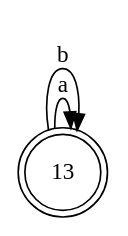
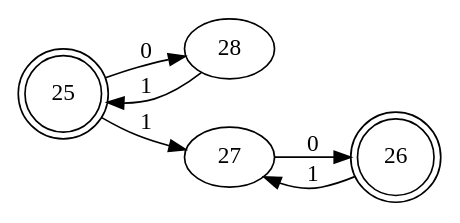
One commit to bryannalfaro/Dise-odeLenguajes changed the diagram in test-output/automata1.gv. Above: the diagram before and after it, drawn with Graphviz. The commit also changed 4 other files, not shown here.

```diff
--- a/test-output/automata1.gv
+++ b/test-output/automata1.gv
@@ -1,6 +1,10 @@
 digraph automata1 {
 	rankdir=LR
-	13 [label=13 shape=doublecircle]
-	13 -> 13 [label=a]
-	13 -> 13 [label=b]
+	25 [label=25 shape=doublecircle]
+	26 [label=26 shape=doublecircle]
+	25 -> 28 [label=0]
+	25 -> 27 [label=1]
+	26 -> 27 [label=1]
+	27 -> 26 [label=0]
+	28 -> 25 [label=1]
 }
```
